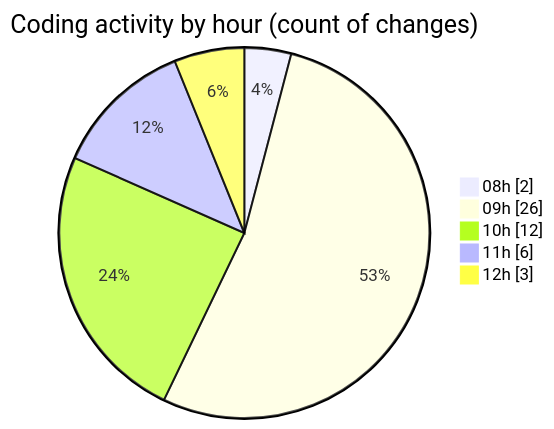
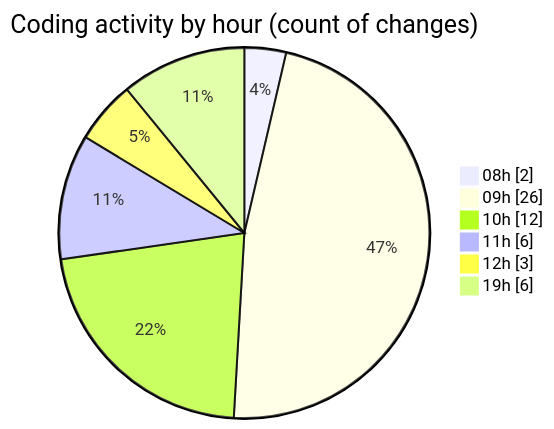
The second of 2 diagrams in 2025-05-20/niten/README.md (Elitesun/code-tracking), drawn with Mermaid before and after one commit. The commit also changed other lines of this file and 1 other file, not shown here.

````diff
--- a/2025-05-20/niten/README.md
+++ b/2025-05-20/niten/README.md
@@ -50,9 +54,10 @@
 ```mermaid
 pie showData
 title Coding activity by hour (count of changes)
 "08h" : 2
 "09h" : 26
 "10h" : 12
 "11h" : 6
 "12h" : 3
+"19h" : 6
 ```
````
